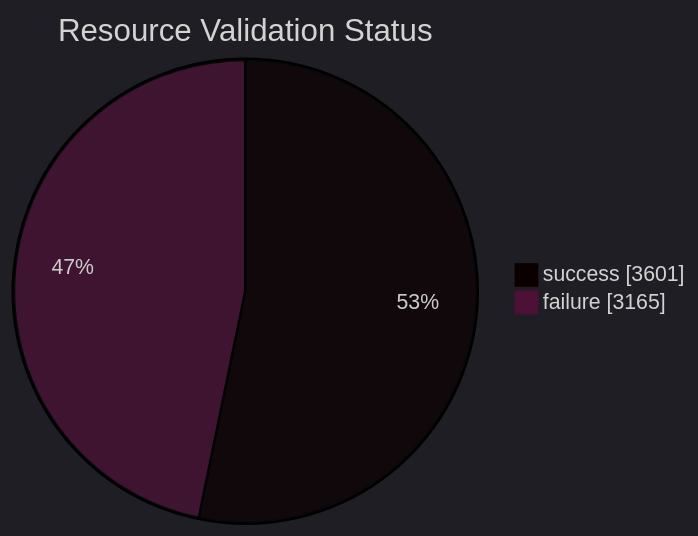
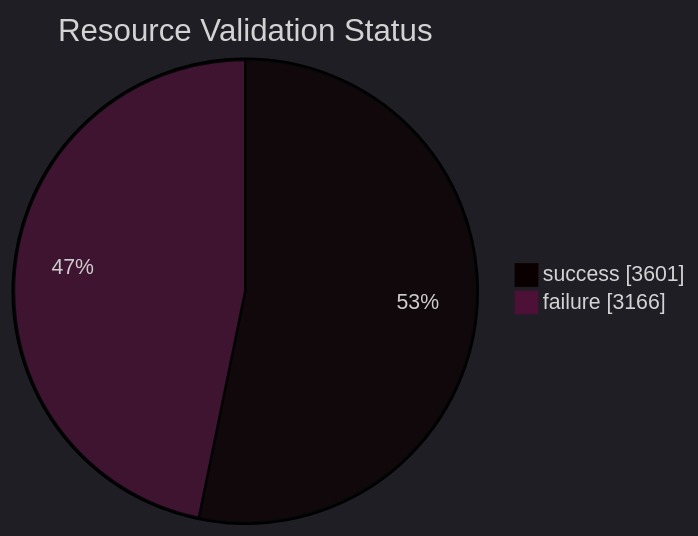
Before and after one commit to open-data/analytics-corporate-reporting: the diagram in datastore_tracker/resource_validation_status_pie_chart.md, drawn with Mermaid. The commit also changed 9 other files, not shown here.

````diff
--- a/datastore_tracker/resource_validation_status_pie_chart.md
+++ b/datastore_tracker/resource_validation_status_pie_chart.md
@@ -2,9 +2,9 @@
 ```mermaid
 ---
 config:
   theme: dark
 ---
 pie showData title Resource Validation Status
     "success": 3601
-    "failure": 3165
+    "failure": 3166
 ```
````
